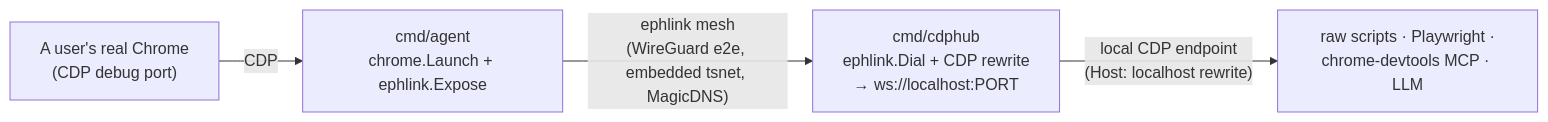
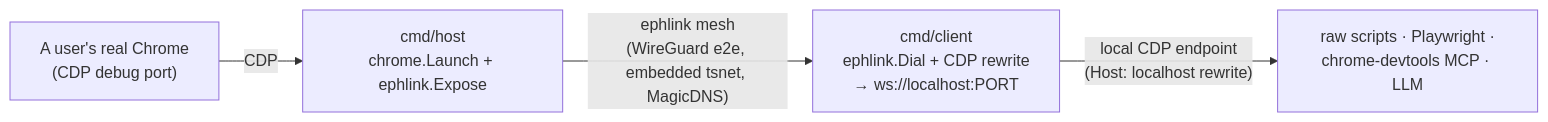
One commit to dostarora97/ephlink changed the diagram in CLAUDE.md. Above: the diagram before and after it, drawn with Mermaid. The commit also changed other lines of this file and 14 other files, not shown here.

First line of the commit message:
rename the paired binaries: agent→host, cdphub→client

````diff
--- a/CLAUDE.md
+++ b/CLAUDE.md
@@ -11,11 +11,11 @@
 ```mermaid
 flowchart LR
     chrome["A user's real Chrome<br/>(CDP debug port)"]
-    agent["cmd/agent<br/>chrome.Launch + ephlink.Expose"]
-    hub["cmd/cdphub<br/>ephlink.Dial + CDP rewrite<br/>→ ws://localhost:PORT"]
+    host["cmd/host<br/>chrome.Launch + ephlink.Expose"]
+    client["cmd/client<br/>ephlink.Dial + CDP rewrite<br/>→ ws://localhost:PORT"]
     clients["raw scripts · Playwright ·<br/>chrome-devtools MCP · LLM"]
 
-    chrome -->|CDP| agent
-    agent -->|"ephlink mesh<br/>(WireGuard e2e, embedded tsnet, MagicDNS)"| hub
-    hub -->|"local CDP endpoint<br/>(Host: localhost rewrite)"| clients
+    chrome -->|CDP| host
+    host -->|"ephlink mesh<br/>(WireGuard e2e, embedded tsnet, MagicDNS)"| client
+    client -->|"local CDP endpoint<br/>(Host: localhost rewrite)"| clients
 ```
````
